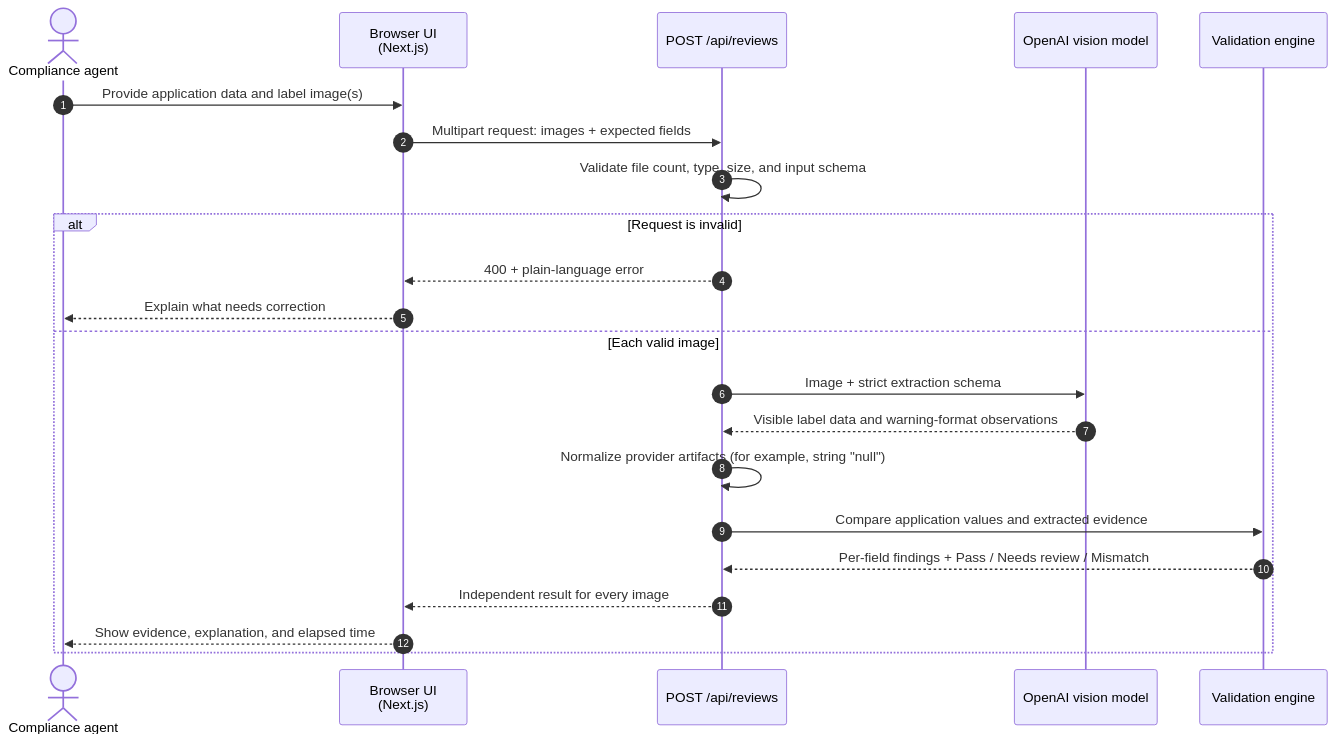
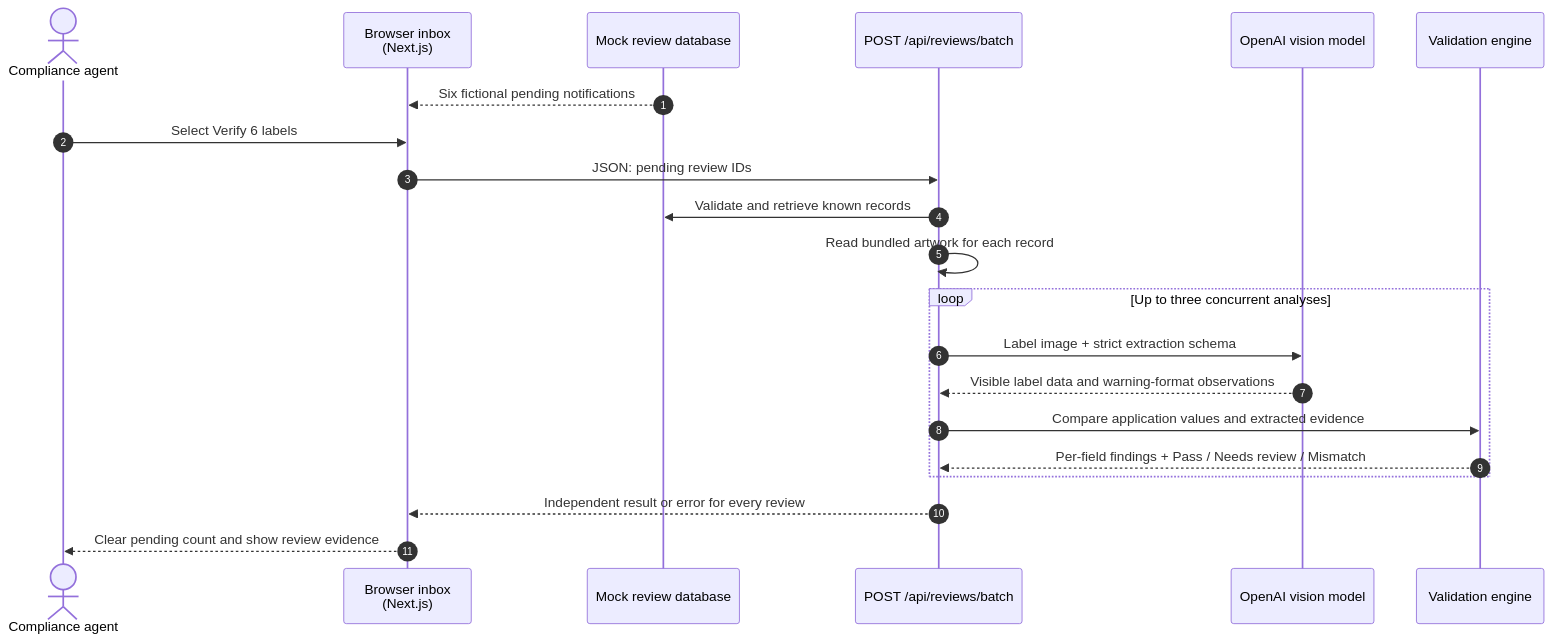
One commit to jaknock/janak-khadka-federal-build-challange changed the diagram in docs/WORKFLOW.md. Above: the diagram before and after it, drawn with Mermaid. The commit also changed other lines of this file and 19 other files, not shown here.

Commit message:
Extract data from the mock database and added mock notifications service

````diff
--- a/docs/WORKFLOW.md
+++ b/docs/WORKFLOW.md
@@ -9,25 +8,24 @@
 ```mermaid
 sequenceDiagram
     autonumber
     actor Agent as Compliance agent
-    participant UI as Browser UI<br/>(Next.js)
-    participant API as POST /api/reviews
+    participant UI as Browser inbox<br/>(Next.js)
+    participant Queue as Mock review database
+    participant API as POST /api/reviews/batch
     participant AI as OpenAI vision model
     participant Rules as Validation engine
 
-    Agent->>UI: Provide application data and label image(s)
-    UI->>API: Multipart request: images + expected fields
-    API->>API: Validate file count, type, size, and input schema
-    alt Request is invalid
-        API-->>UI: 400 + plain-language error
-        UI-->>Agent: Explain what needs correction
-    else Each valid image
-        API->>AI: Image + strict extraction schema
+    Queue-->>UI: Six fictional pending notifications
+    Agent->>UI: Select Verify 6 labels
+    UI->>API: JSON: pending review IDs
+    API->>Queue: Validate and retrieve known records
+    API->>API: Read bundled artwork for each record
+    loop Up to three concurrent analyses
+        API->>AI: Label image + strict extraction schema
         AI-->>API: Visible label data and warning-format observations
-        API->>API: Normalize provider artifacts (for example, string "null")
         API->>Rules: Compare application values and extracted evidence
         Rules-->>API: Per-field findings + Pass / Needs review / Mismatch
-        API-->>UI: Independent result for every image
-        UI-->>Agent: Show evidence, explanation, and elapsed time
     end
+    API-->>UI: Independent result or error for every review
+    UI-->>Agent: Clear pending count and show review evidence
 ```
````
